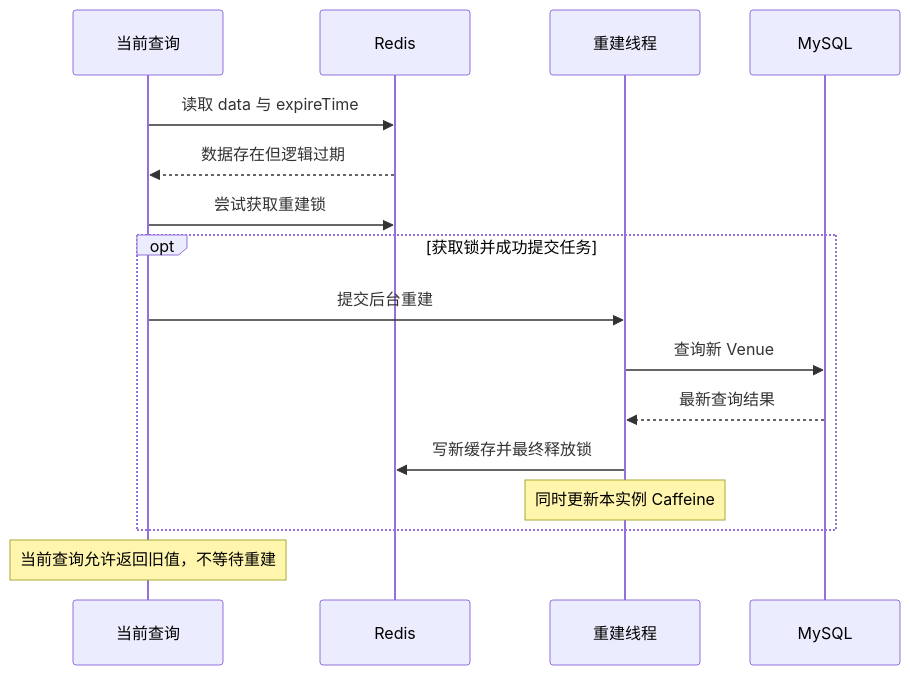
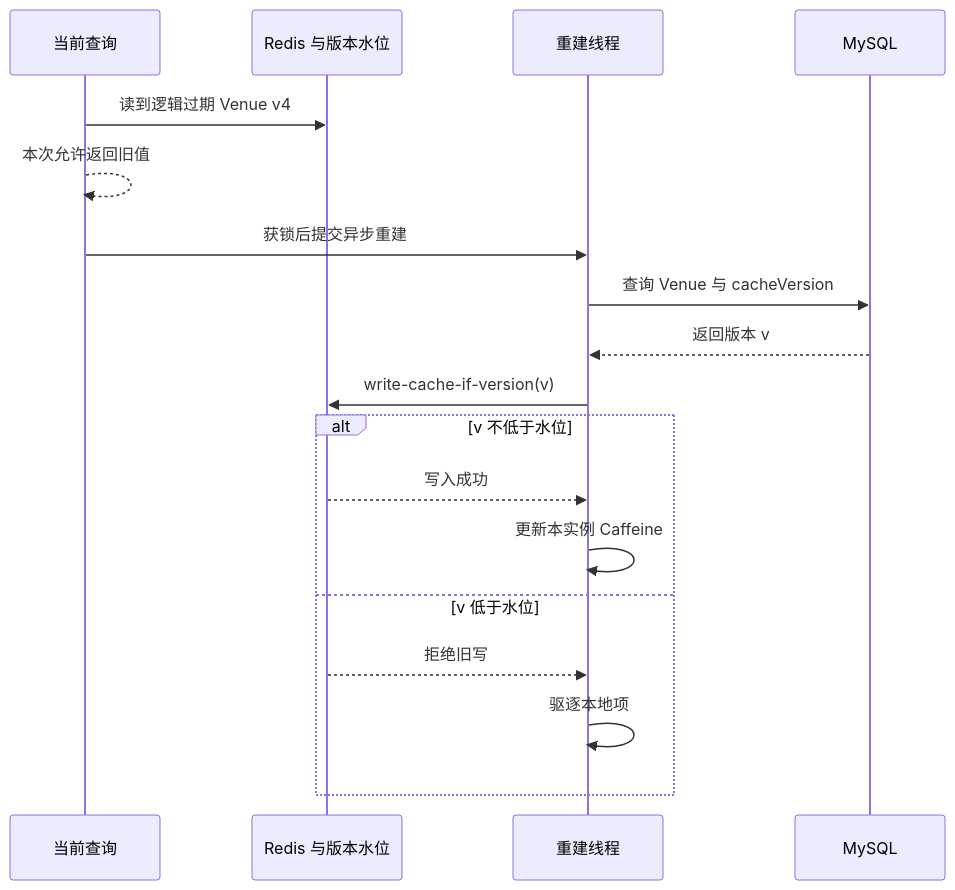
The eighth of 13 diagrams in 04-最终一致性与缓存治理.md (SyH-101/citypass-platform), drawn with Mermaid before and after one commit. The commit also changed other lines of this file and 1 other file, not shown here.

````diff
--- a/04-最终一致性与缓存治理.md
+++ b/04-最终一致性与缓存治理.md
@@ -840,18 +815,20 @@
 ```mermaid
 sequenceDiagram
     participant Q as 当前查询
-    participant R as Redis
+    participant R as Redis 与版本水位
     participant B as 重建线程
     participant DB as MySQL
-    Q->>R: 读取 data 与 expireTime
-    R-->>Q: 数据存在但逻辑过期
-    Q->>R: 尝试获取重建锁
-    opt 获取锁并成功提交任务
-        Q->>B: 提交后台重建
-        B->>DB: 查询新 Venue
-        DB-->>B: 最新查询结果
-        B->>R: 写新缓存并最终释放锁
-        Note over B: 同时更新本实例 Caffeine
+    Q->>R: 读到逻辑过期 Venue v4
+    Q-->>Q: 本次允许返回旧值
+    Q->>B: 获锁后提交异步重建
+    B->>DB: 查询 Venue 与 cacheVersion
+    DB-->>B: 返回版本 v
+    B->>R: write-cache-if-version(v)
+    alt v 不低于水位
+        R-->>B: 写入成功
+        B->>B: 更新本实例 Caffeine
+    else v 低于水位
+        R-->>B: 拒绝旧写
+        B->>B: 驱逐本地项
     end
-    Note over Q: 当前查询允许返回旧值，不等待重建
 ```
````
